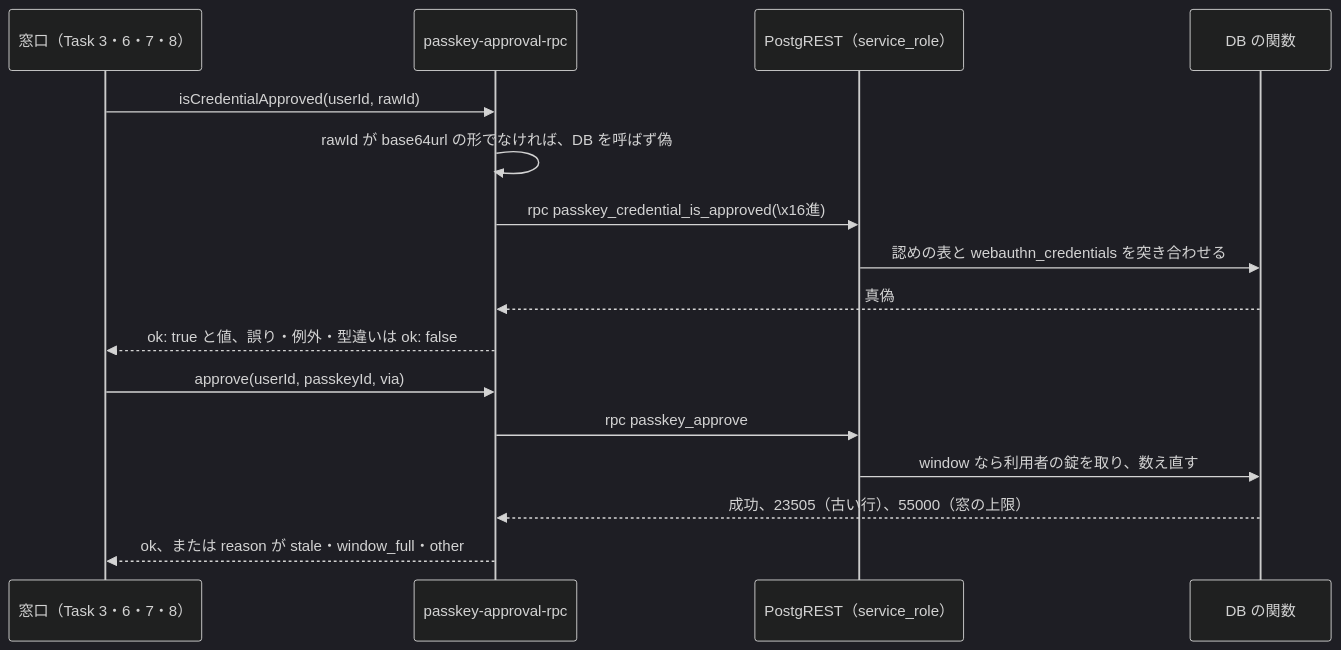
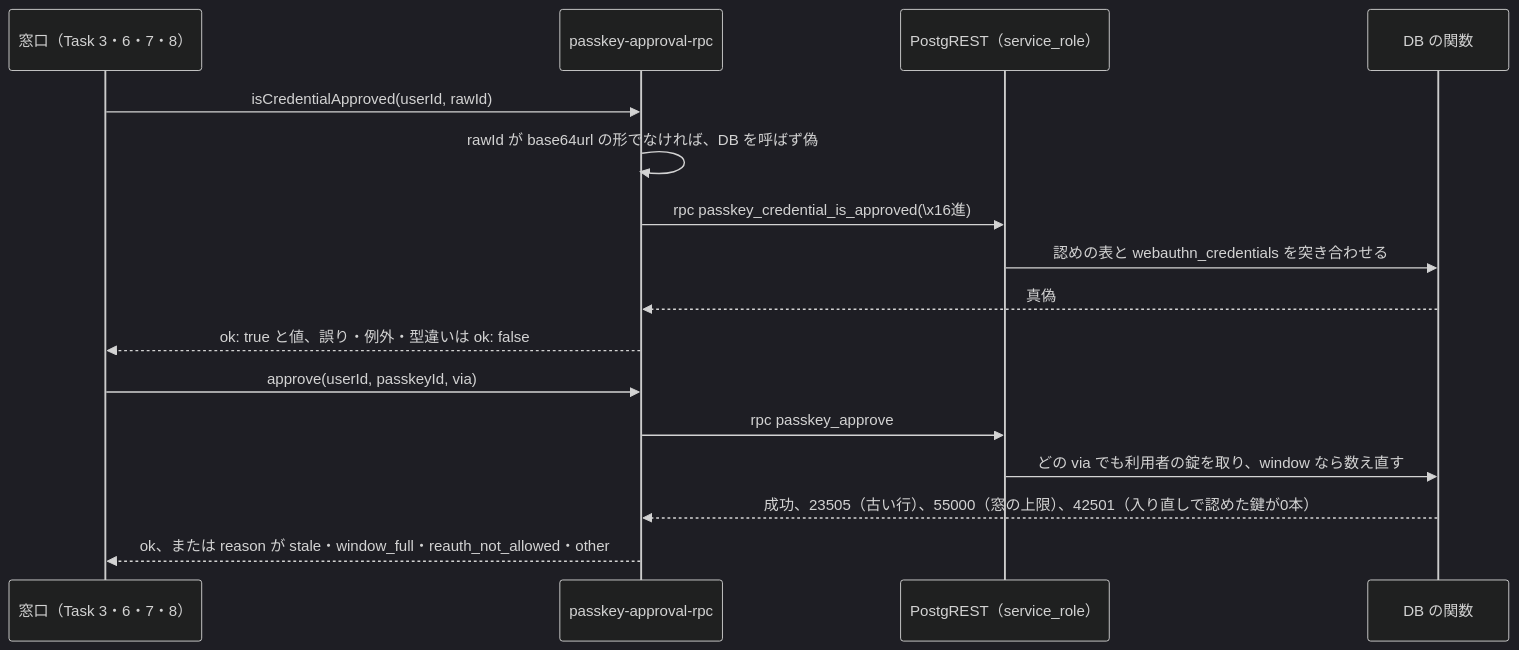
Before and after one commit to ChocoWork/o_official: the first of 10 diagrams in docs/04_DetailDesign/sequence/auth-passkey-server-endpoints.md, drawn with Mermaid (dark theme). The commit also changed other lines of this file and 3 other files, not shown here.

````diff
--- a/docs/04_DetailDesign/sequence/auth-passkey-server-endpoints.md
+++ b/docs/04_DetailDesign/sequence/auth-passkey-server-endpoints.md
@@ -30,18 +30,18 @@
 ```mermaid
 sequenceDiagram
     participant H as 窓口（Task 3・6・7・8）
     participant R as passkey-approval-rpc
     participant P as PostgREST（service_role）
     participant D as DB の関数
     H->>R: isCredentialApproved(userId, rawId)
     R->>R: rawId が base64url の形でなければ、DB を呼ばず偽
     R->>P: rpc passkey_credential_is_approved(\x16進)
     P->>D: 認めの表と webauthn_credentials を突き合わせる
     D-->>R: 真偽
     R-->>H: ok: true と値、誤り・例外・型違いは ok: false
     H->>R: approve(userId, passkeyId, via)
     R->>P: rpc passkey_approve
-    P->>D: window なら利用者の錠を取り、数え直す
-    D-->>R: 成功、23505（古い行）、55000（窓の上限）
-    R-->>H: ok、または reason が stale・window_full・other
+    P->>D: どの via でも利用者の錠を取り、window なら数え直す
+    D-->>R: 成功、23505（古い行）、55000（窓の上限）、42501（入り直しで認めた鍵が0本）
+    R-->>H: ok、または reason が stale・window_full・reauth_not_allowed・other
 ```
````
